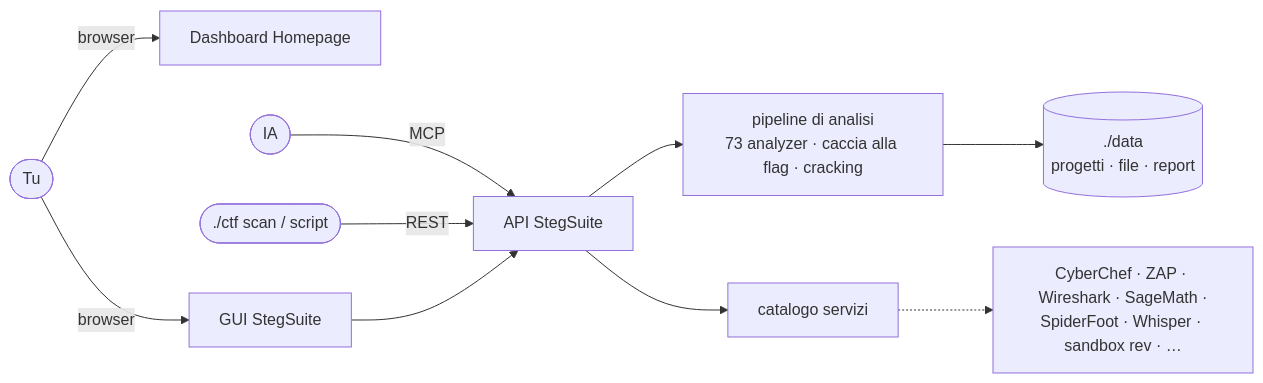
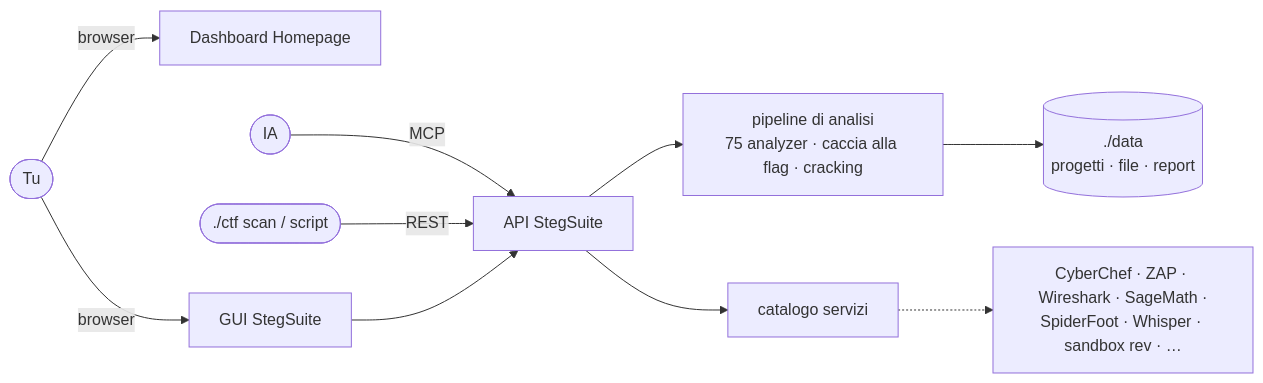
One commit to dexRand/ctf-docker changed the diagram in README.it.md. Above: the diagram before and after it, drawn with Mermaid. The commit also changed other lines of this file and 2 other files, not shown here.

````diff
--- a/README.it.md
+++ b/README.it.md
@@ -88,12 +88,12 @@
 ```mermaid
 flowchart LR
   tu([Tu]) -->|browser| dash[Dashboard Homepage]
   tu -->|browser| ss[GUI StegSuite]
   ia([IA]) -->|MCP| api
   cli([./ctf scan / script]) -->|REST| api
   ss --> api[API StegSuite]
-  api --> pipe[pipeline di analisi<br/>73 analyzer · caccia alla flag · cracking]
+  api --> pipe[pipeline di analisi<br/>75 analyzer · caccia alla flag · cracking]
   pipe --> data[(./data<br/>progetti · file · report)]
   api --> svc[catalogo servizi]
   svc -.-> tools[CyberChef · ZAP · Wireshark · SageMath ·<br/>SpiderFoot · Whisper · sandbox rev · …]
 ```
````
